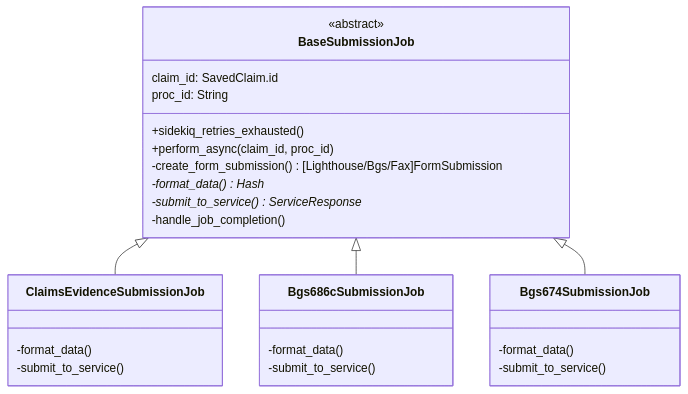
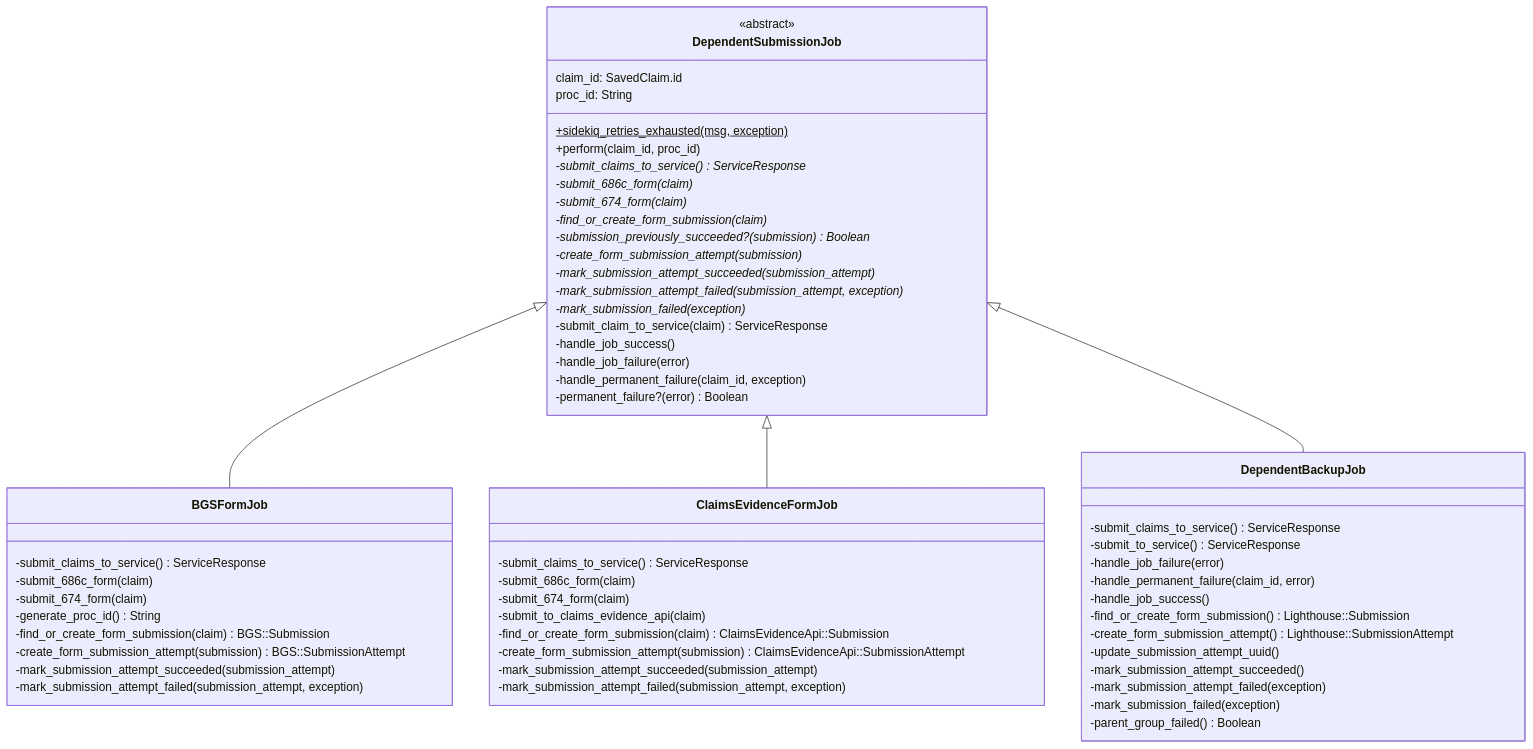
The fourth of 4 diagrams in modules/dependents_benefits/documentation/data_flow_diagrams/class_diagrams.md (department-of-veterans-affairs/vets-api), drawn with Mermaid before and after one commit. The commit also changed other lines of this file and 5 other files, not shown here.

````diff
--- a/modules/dependents_benefits/documentation/data_flow_diagrams/class_diagrams.md
+++ b/modules/dependents_benefits/documentation/data_flow_diagrams/class_diagrams.md
@@ -56,31 +65,65 @@
 ```mermaid
 classDiagram
-    class BaseSubmissionJob {
+    class DependentSubmissionJob {
         <<abstract>>
         claim_id: SavedClaim.id
         proc_id: String
-        +sidekiq_retries_exhausted()
-        +perform_async(claim_id, proc_id)
-        -create_form_submission() [Lighthouse/Bgs/Fax]FormSubmission
-        -format_data()* Hash
-        -submit_to_service()* ServiceResponse
-        -handle_job_completion()
+        +sidekiq_retries_exhausted(msg, exception)$
+        +perform(claim_id, proc_id)
+        -submit_claims_to_service()* ServiceResponse
+        -submit_686c_form(claim)*
+        -submit_674_form(claim)*
+        -find_or_create_form_submission(claim)*
+        -submission_previously_succeeded?(submission)* Boolean
+        -create_form_submission_attempt(submission)*
+        -mark_submission_attempt_succeeded(submission_attempt)*
+        -mark_submission_attempt_failed(submission_attempt, exception)*
+        -mark_submission_failed(exception)*
+        -submit_claim_to_service(claim) ServiceResponse
+        -handle_job_success()
+        -handle_job_failure(error)
+        -handle_permanent_failure(claim_id, exception)
+        -permanent_failure?(error) Boolean
     }
 
-    class ClaimsEvidenceSubmissionJob {
-        -format_data()
-        -submit_to_service()
-    }
-    class Bgs686cSubmissionJob {
-        -format_data()
-        -submit_to_service()
-    }
-    class Bgs674SubmissionJob {
-        -format_data()
-        -submit_to_service()
+    class BGSFormJob {
+        -submit_claims_to_service() ServiceResponse
+        -submit_686c_form(claim)
+        -submit_674_form(claim)
+        -generate_proc_id() String
+        -find_or_create_form_submission(claim) BGS::Submission
+        -create_form_submission_attempt(submission) BGS::SubmissionAttempt
+        -mark_submission_attempt_succeeded(submission_attempt)
+        -mark_submission_attempt_failed(submission_attempt, exception)
     }
 
-    BaseSubmissionJob <|-- ClaimsEvidenceSubmissionJob
-    BaseSubmissionJob <|-- Bgs686cSubmissionJob
-    BaseSubmissionJob <|-- Bgs674SubmissionJob
+    class ClaimsEvidenceFormJob {
+        -submit_claims_to_service() ServiceResponse
+        -submit_686c_form(claim)
+        -submit_674_form(claim)
+        -submit_to_claims_evidence_api(claim)
+        -find_or_create_form_submission(claim) ClaimsEvidenceApi::Submission
+        -create_form_submission_attempt(submission) ClaimsEvidenceApi::SubmissionAttempt
+        -mark_submission_attempt_succeeded(submission_attempt)
+        -mark_submission_attempt_failed(submission_attempt, exception)
+    }
+
+    class DependentBackupJob {
+        -submit_claims_to_service() ServiceResponse
+        -submit_to_service() ServiceResponse
+        -handle_job_failure(error)
+        -handle_permanent_failure(claim_id, error)
+        -handle_job_success()
+        -find_or_create_form_submission() Lighthouse::Submission
+        -create_form_submission_attempt() Lighthouse::SubmissionAttempt
+        -update_submission_attempt_uuid()
+        -mark_submission_attempt_succeeded()
+        -mark_submission_attempt_failed(exception)
+        -mark_submission_failed(exception)
+        -parent_group_failed() Boolean
+    }
+
+    DependentSubmissionJob <|-- BGSFormJob
+    DependentSubmissionJob <|-- ClaimsEvidenceFormJob
+    DependentSubmissionJob <|-- DependentBackupJob
 ```
````
